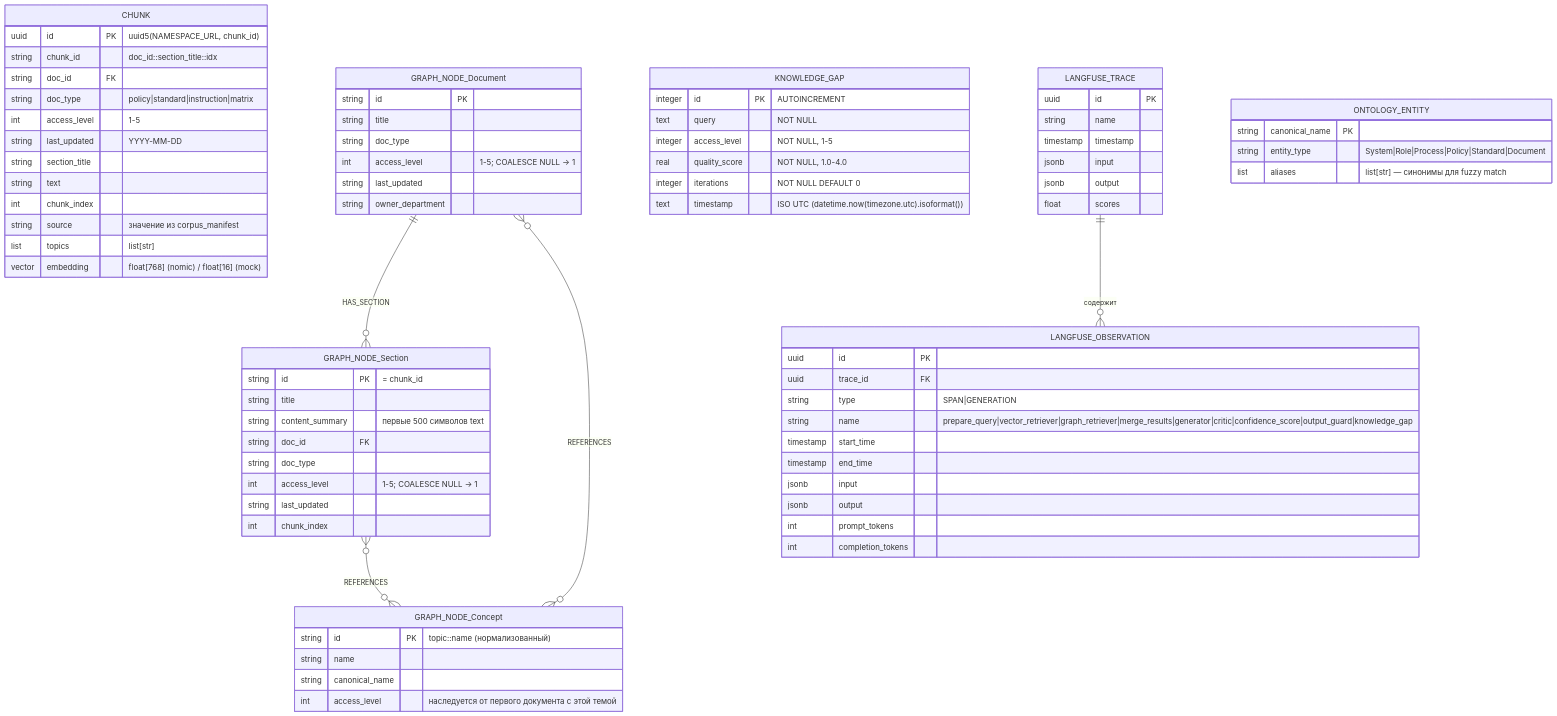
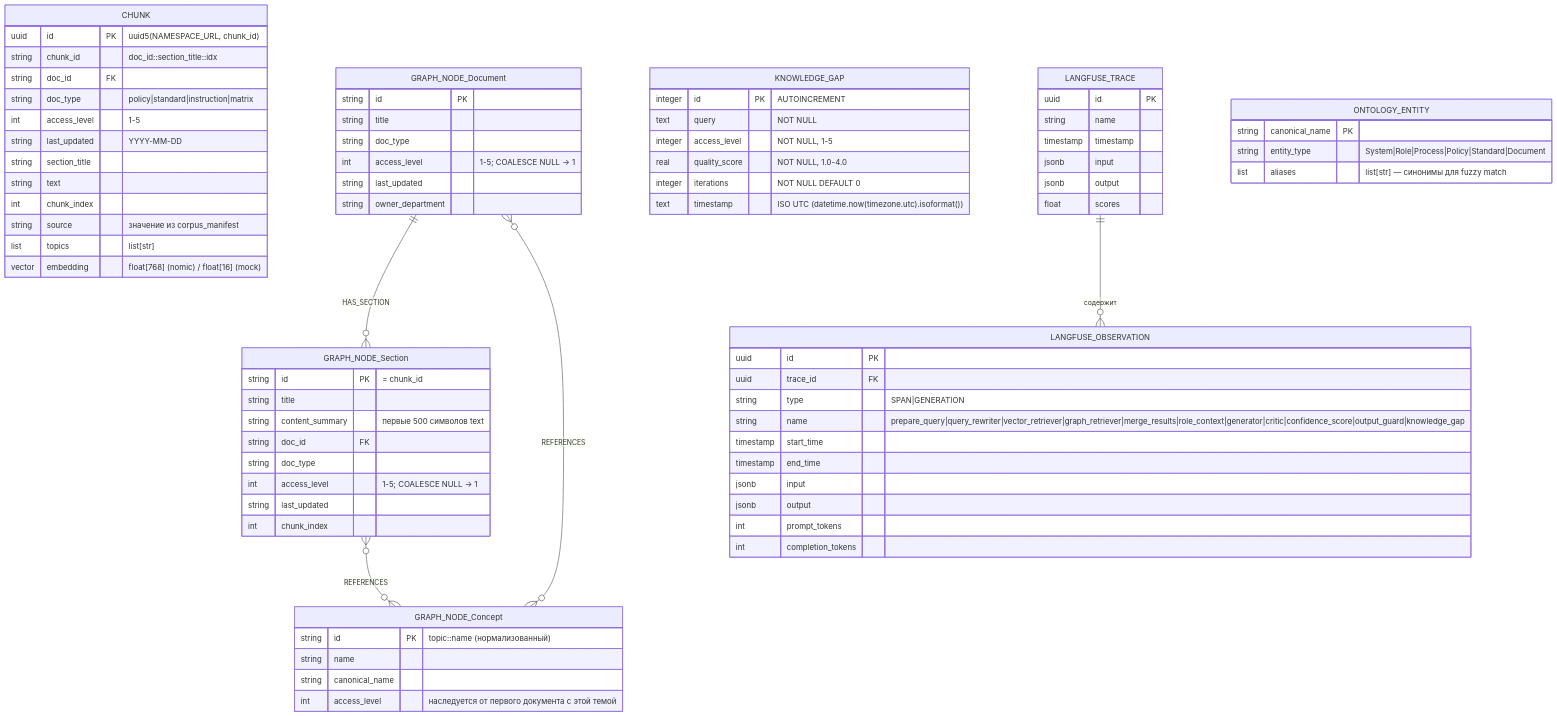
The diagram in docs/diagrams/er.md (alesoid/Synapse), drawn with Mermaid before and after one commit. The commit also changed 3 other files, not shown here.

Commit message:
Update diagrams (C4, sequence, ER, DSL) to reflect final architecture.

```diff
--- a/docs/diagrams/er.md
+++ b/docs/diagrams/er.md
@@ -87,7 +87,7 @@
         uuid        id              PK
         uuid        trace_id        FK
         string      type                 "SPAN|GENERATION"
-        string      name                 "prepare_query|vector_retriever|graph_retriever|merge_results|generator|critic|confidence_score|output_guard|knowledge_gap"
+        string      name                 "prepare_query|query_rewriter|vector_retriever|graph_retriever|merge_results|role_context|generator|critic|confidence_score|output_guard|knowledge_gap"
         timestamp   start_time
         timestamp   end_time
         jsonb       input
```
